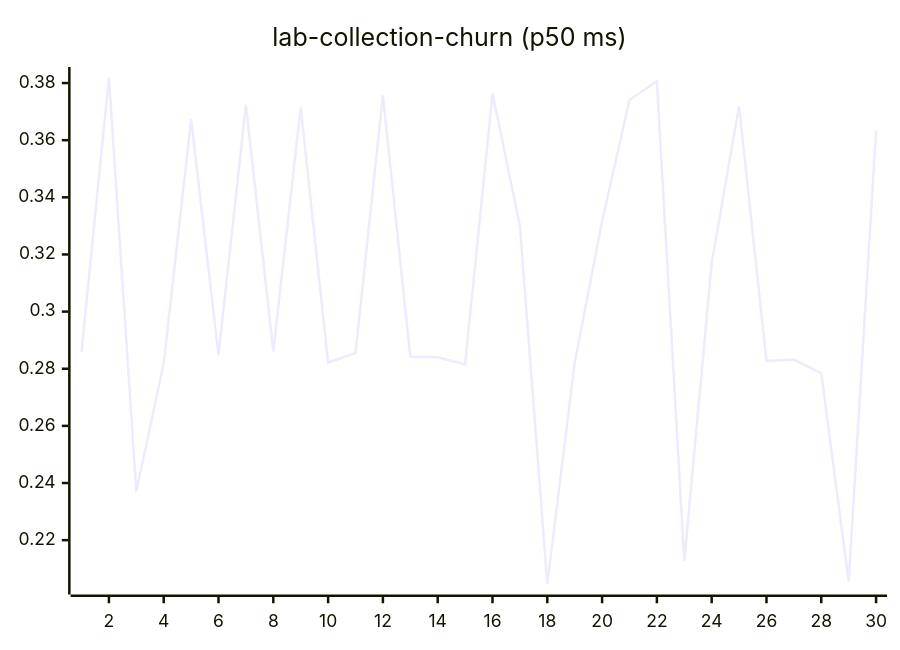
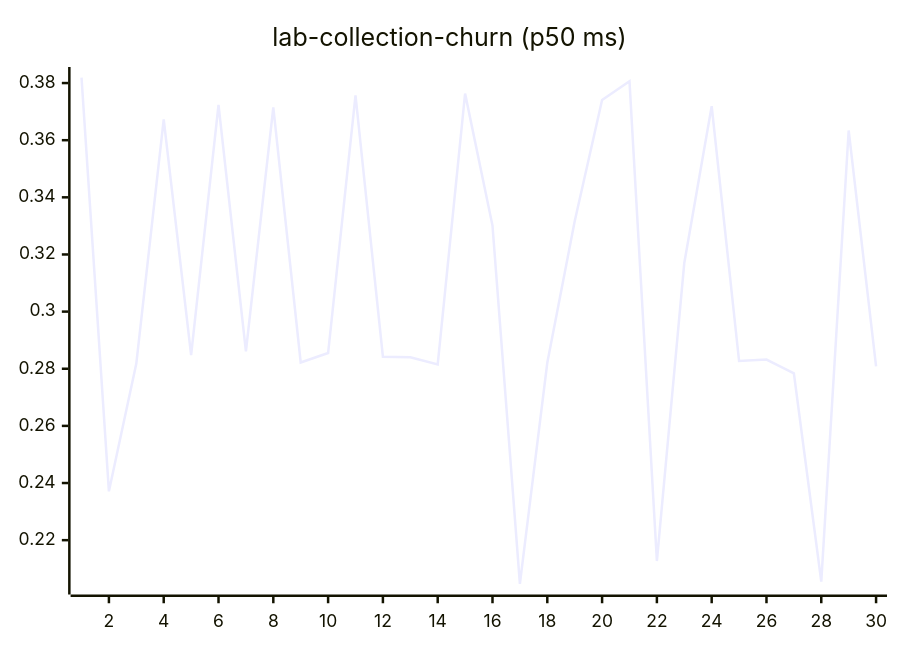
One commit to josha/Facet changed diagram 11 of 27 in README.md. Above: the diagram before and after it, drawn with Mermaid. The commit also changed other lines of this file and 2 other files, not shown here.

````diff
--- a/README.md
+++ b/README.md
@@ -133,6 +133,6 @@
 ```mermaid
 xychart-beta
     title "lab-collection-churn (p50 ms)"
     x-axis 1 --> 30
-    line [0.2859, 0.3819, 0.2371, 0.2818, 0.3673, 0.2848, 0.3724, 0.2861, 0.3715, 0.2822, 0.2855, 0.3757, 0.2842, 0.2840, 0.2815, 0.3763, 0.3301, 0.2047, 0.2821, 0.3316, 0.3741, 0.3806, 0.2127, 0.3170, 0.3719, 0.2827, 0.2832, 0.2784, 0.2055, 0.3634]
+    line [0.3819, 0.2371, 0.2818, 0.3673, 0.2848, 0.3724, 0.2861, 0.3715, 0.2822, 0.2855, 0.3757, 0.2842, 0.2840, 0.2815, 0.3763, 0.3301, 0.2047, 0.2821, 0.3316, 0.3741, 0.3806, 0.2127, 0.3170, 0.3719, 0.2827, 0.2832, 0.2784, 0.2055, 0.3634, 0.2808]
 ```
````
